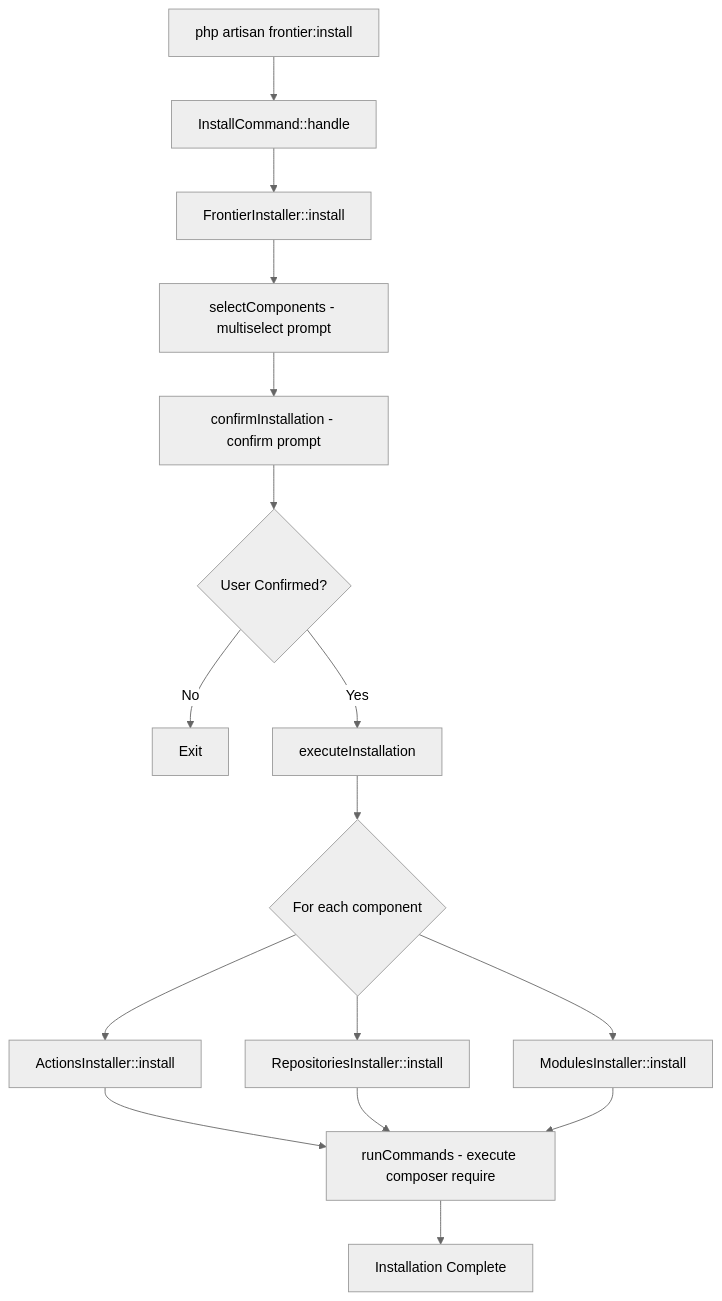
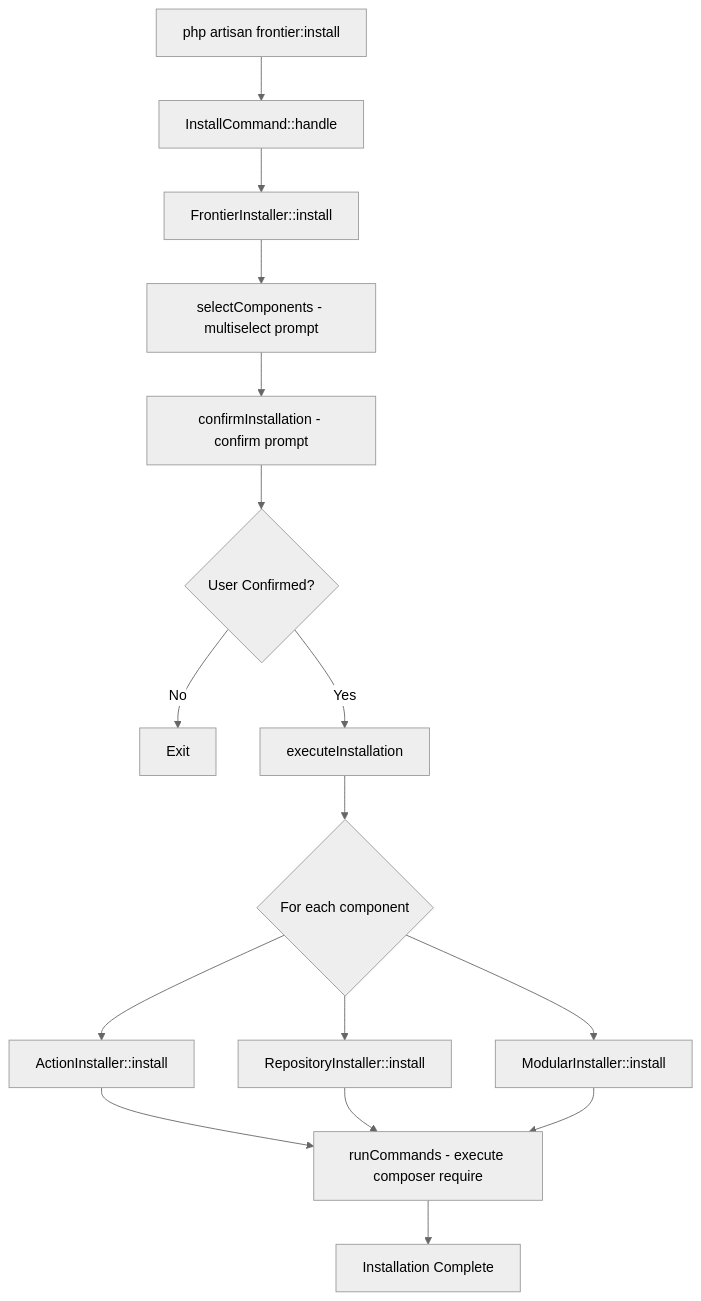
The diagram in docs/00-FRONTIER_AI_GUIDE.md (0xKhdr/frontier), drawn with Mermaid (neutral theme) before and after one commit. The commit also changed other lines of this file and 7 other files, not shown here.

````diff
--- a/docs/00-FRONTIER_AI_GUIDE.md
+++ b/docs/00-FRONTIER_AI_GUIDE.md
@@ -107,16 +107,16 @@
 ```mermaid
 flowchart TD
     A[php artisan frontier:install] --> B[InstallCommand::handle]
     B --> C[FrontierInstaller::install]
     C --> D[selectComponents - multiselect prompt]
     D --> E[confirmInstallation - confirm prompt]
     E --> F{User Confirmed?}
     F -->|No| G[Exit]
     F -->|Yes| H[executeInstallation]
     H --> I{For each component}
-    I --> J[ActionsInstaller::install]
-    I --> K[RepositoriesInstaller::install]
-    I --> L[ModulesInstaller::install]
+    I --> J[ActionInstaller::install]
+    I --> K[RepositoryInstaller::install]
+    I --> L[ModularInstaller::install]
     J & K & L --> M[runCommands - execute composer require]
     M --> N[Installation Complete]
 ```
````
